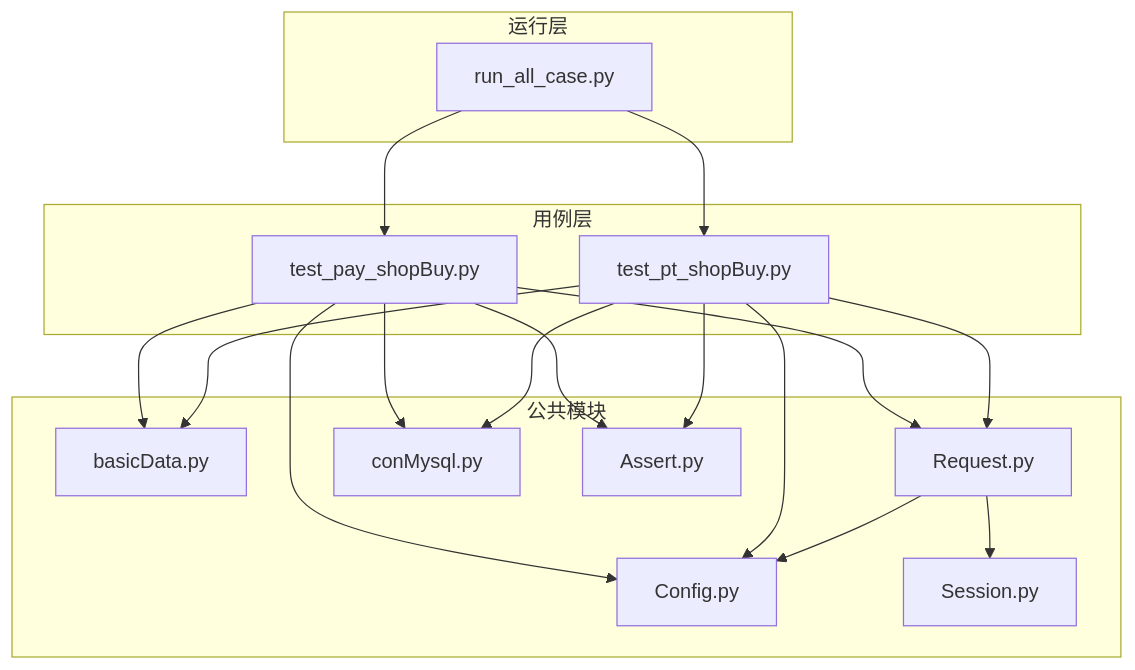
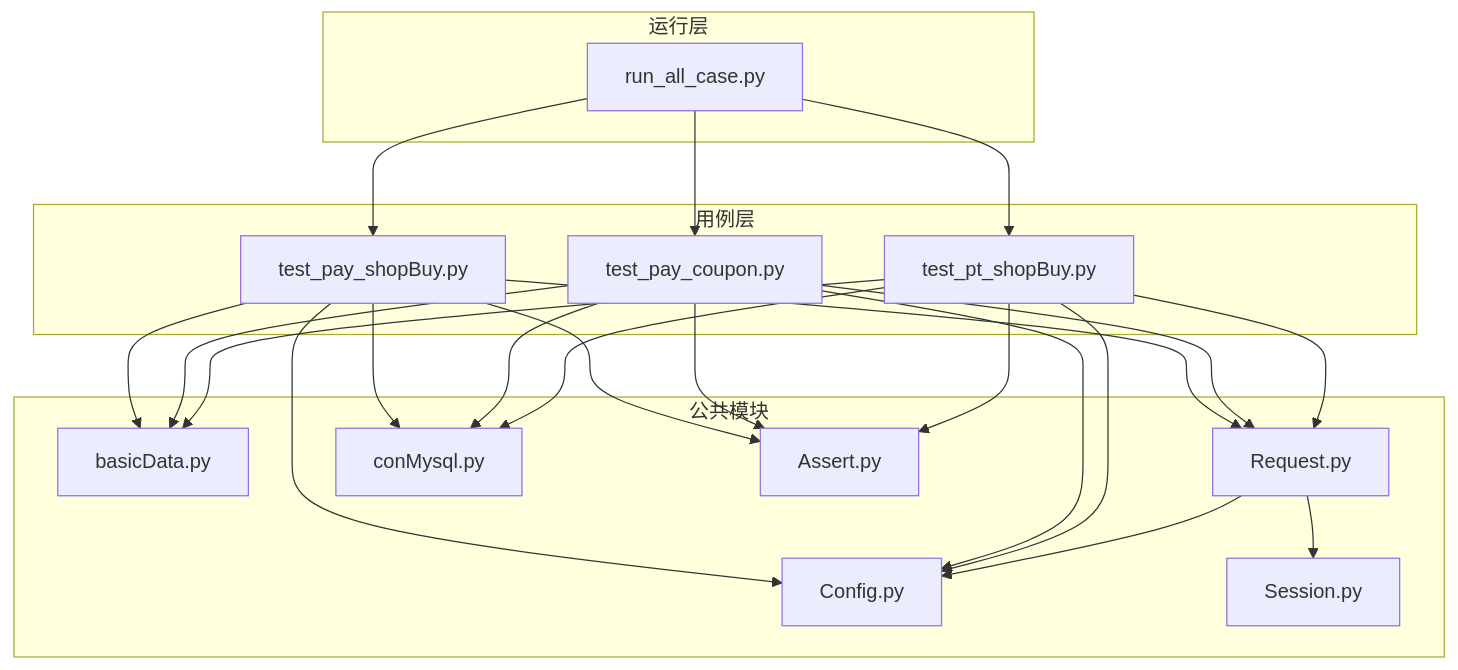
One commit to liximing1-ola/qa-payTest changed the ninth of 9 diagrams in .qoder/repowiki/zh/content/支付测试用例/商城购买测试.md. Above: the diagram before and after it, drawn with Mermaid. The commit also changed other lines of this file and 14 other files, not shown here.

````diff
--- a/.qoder/repowiki/zh/content/支付测试用例/商城购买测试.md
+++ b/.qoder/repowiki/zh/content/支付测试用例/商城购买测试.md
@@ -267,32 +333,39 @@
 ```mermaid
 graph TB
 subgraph "用例层"
 U1["test_pay_shopBuy.py"]
-U2["test_pt_shopBuy.py"]
+U2["test_pay_coupon.py"]
+U3["test_pt_shopBuy.py"]
 end
 subgraph "公共模块"
 P1["basicData.py"]
 P2["Request.py"]
 P3["conMysql.py"]
 P4["Assert.py"]
 P5["Config.py"]
 P6["Session.py"]
 end
 subgraph "运行层"
 R1["run_all_case.py"]
 end
 U1 --> P1
 U1 --> P2
 U1 --> P3
 U1 --> P4
 U1 --> P5
 U2 --> P1
 U2 --> P2
 U2 --> P3
 U2 --> P4
 U2 --> P5
+U3 --> P1
+U3 --> P2
+U3 --> P3
+U3 --> P4
+U3 --> P5
 R1 --> U1
 R1 --> U2
+R1 --> U3
 P2 --> P6
 P2 --> P5
 ```
````
